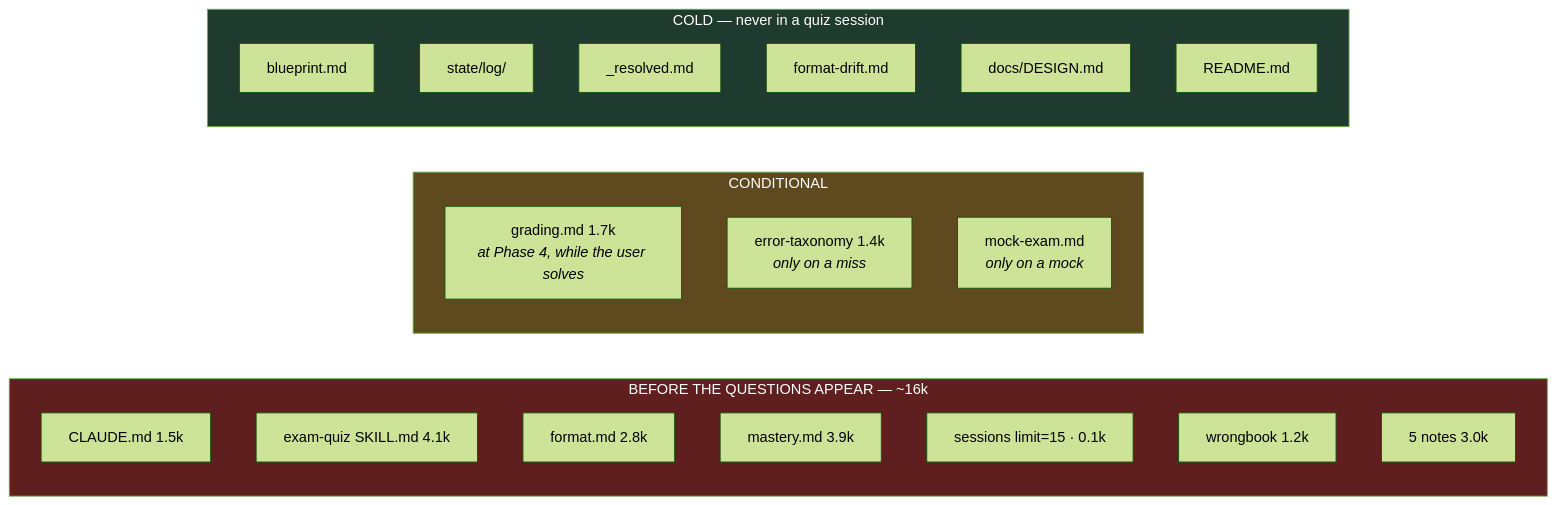
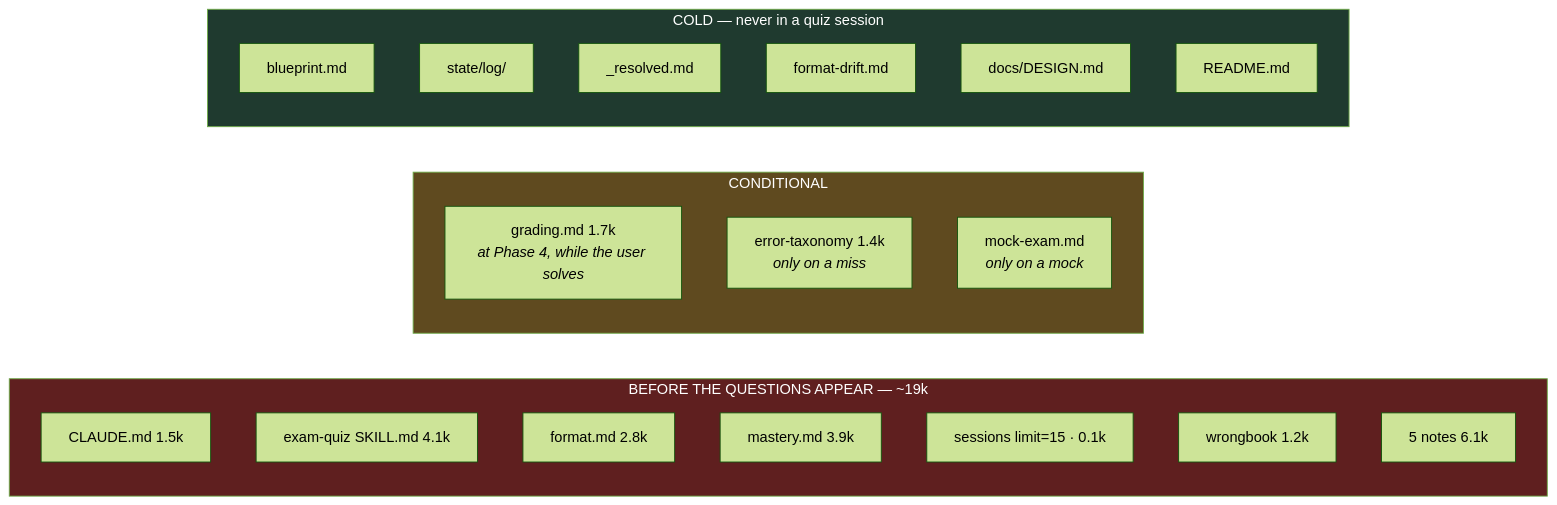
Before and after one commit to IjjS/exam-support: the second of 4 diagrams in docs/DESIGN.md, drawn with Mermaid (forest theme). The commit also changed other lines of this file and 3 other files, not shown here.

````diff
--- a/docs/DESIGN.md
+++ b/docs/DESIGN.md
@@ -108,29 +108,29 @@
 ```mermaid
 flowchart LR
-    subgraph hot ["BEFORE THE QUESTIONS APPEAR — ~16k"]
+    subgraph hot ["BEFORE THE QUESTIONS APPEAR — ~19k"]
         direction TB
         H1["CLAUDE.md 1.5k"]
         H2["exam-quiz SKILL.md 4.1k"]
         H3["format.md 2.8k"]
         H4["mastery.md 3.9k"]
         H5["sessions limit=15 · 0.1k"]
         H6["wrongbook 1.2k"]
-        H7["5 notes 3.0k"]
+        H7["5 notes 6.1k"]
     end
     subgraph cond ["CONDITIONAL"]
         C1["grading.md 1.7k<br/><i>at Phase 4, while the user solves</i>"]
         C2["error-taxonomy 1.4k<br/><i>only on a miss</i>"]
         C3["mock-exam.md<br/><i>only on a mock</i>"]
     end
     subgraph cold ["COLD — never in a quiz session"]
         D1["blueprint.md"]
         D2["state/log/"]
         D3["_resolved.md"]
         D4["format-drift.md"]
         D5["docs/DESIGN.md"]
         D6["README.md"]
     end
     style hot fill:#5f1f1f,color:#fff
     style cond fill:#5f4a1f,color:#fff
     style cold fill:#1f3a2f,color:#fff
 ```
````
